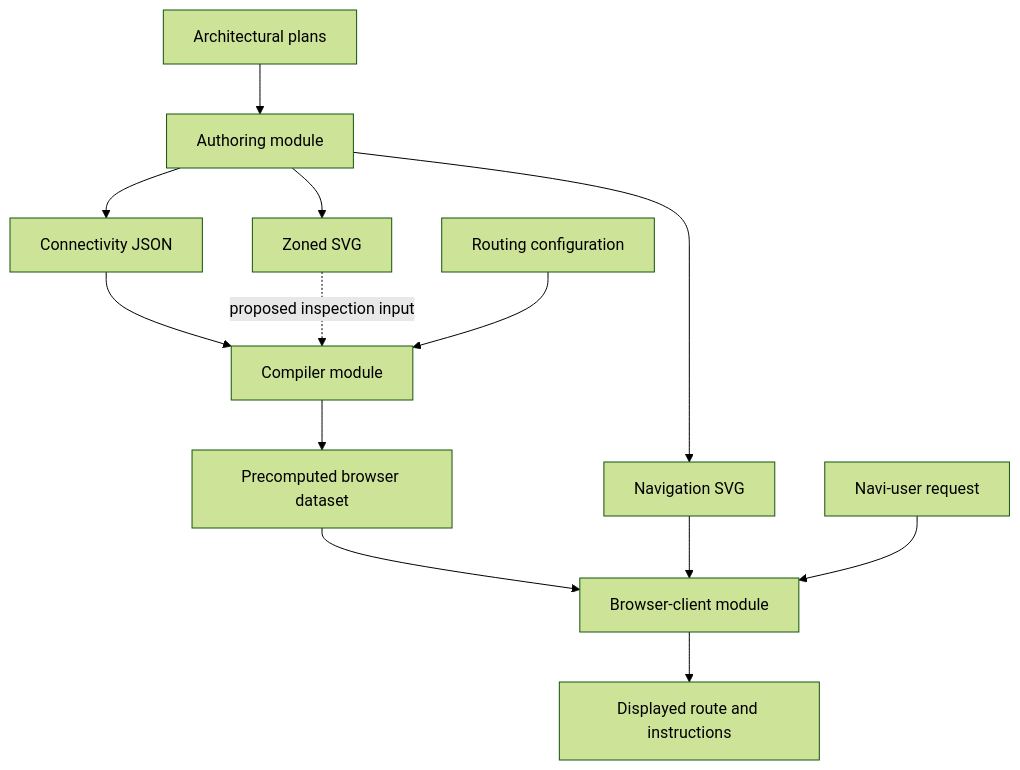
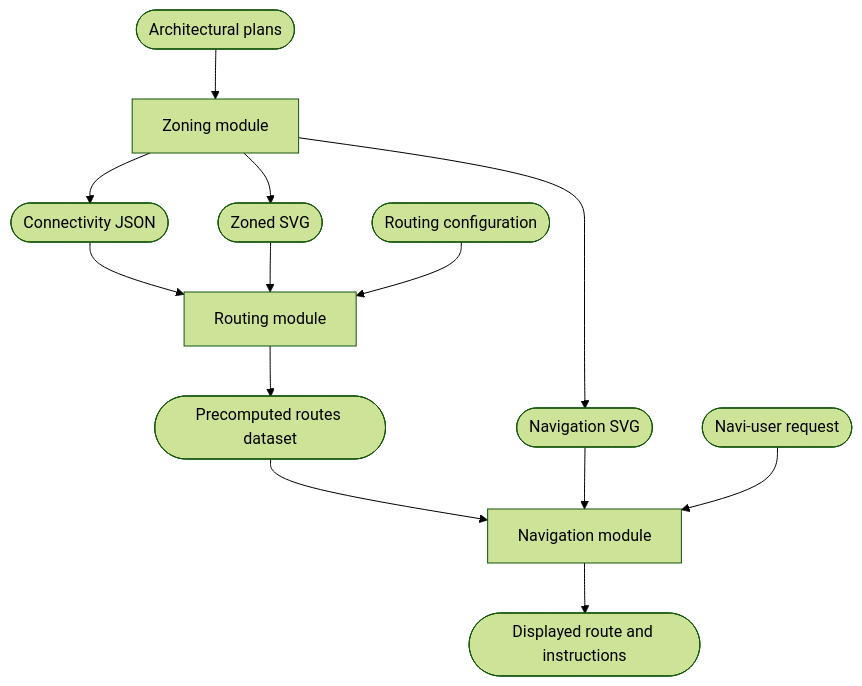
Before and after one commit to JanusWebHub/BFW_Wegweiser: the first of 4 diagrams in docs/system-design.md, drawn with Mermaid (forest theme). The commit also changed other lines of this file and 10 other files, not shown here.

````diff
--- a/docs/system-design.md
+++ b/docs/system-design.md
@@ -13,15 +13,15 @@
 ```mermaid
 flowchart TB
-Plans[Architectural plans] --> Author[Authoring module]
-Author --> Connectivity[Connectivity JSON]
-Author --> Zoned[Zoned SVG]
-Author --> Map[Navigation SVG]
-Connectivity --> Compiler[Compiler module]
-Zoned -. proposed inspection input .-> Compiler
-Config[Routing configuration] --> Compiler
-Compiler --> Data[Precomputed browser dataset]
-Data --> Browser[Browser-client module]
-Map --> Browser
-Input[Navi-user request] --> Browser
-Browser --> Output[Displayed route and instructions]
+Plans([Architectural plans]) --> Zoning[Zoning module]
+Zoning --> Connectivity([Connectivity JSON])
+Zoning --> Zoned([Zoned SVG])
+Zoning --> Map([Navigation SVG])
+Connectivity --> Routing[Routing module]
+Zoned --> Routing
+Config([Routing configuration]) --> Routing
+Routing --> Data([Precomputed routes dataset])
+Data --> Navigation[Navigation module]
+Map --> Navigation
+Input([Navi-user request]) --> Navigation
+Navigation --> Output([Displayed route and instructions])
 ```
````
